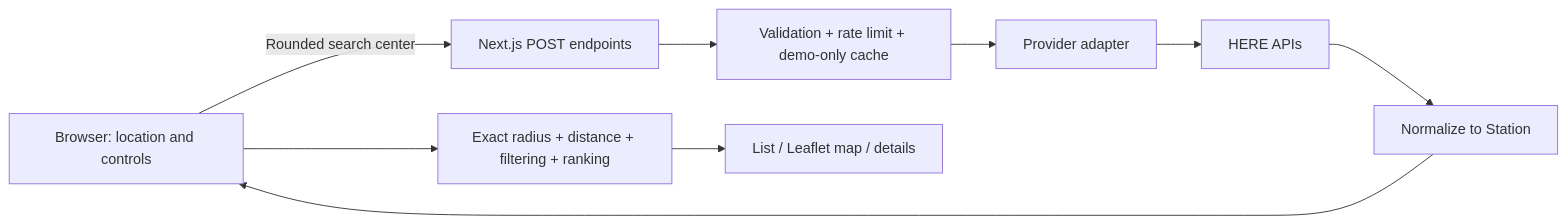
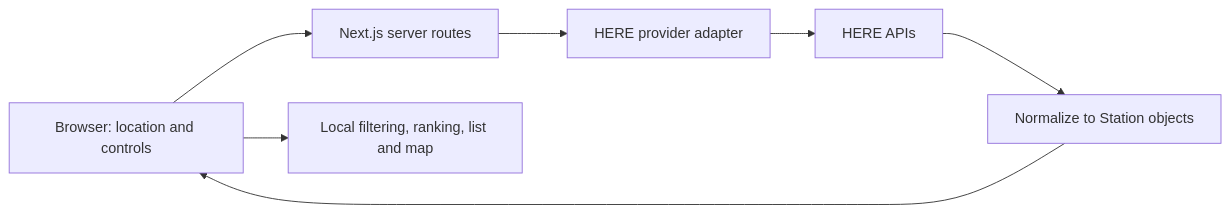
Before and after one commit to navehronen/pricepump: the diagram in README.md, drawn with Mermaid. The commit also changed other lines of this file and 5 other files, not shown here.

````diff
--- a/README.md
+++ b/README.md
@@ -124,11 +44,9 @@
 ```mermaid
 flowchart LR
-    Browser[Browser: location and controls] -->|Rounded search center| API[Next.js POST endpoints]
-    API --> Guards[Validation + rate limit + demo-only cache]
-    Guards --> Adapter[Provider adapter]
-    Adapter --> HERE[HERE APIs]
-    HERE --> Normalize[Normalize to Station]
-    Normalize --> Browser
-    Browser --> Local[Exact radius + distance + filtering + ranking]
-    Local --> Views[List / Leaflet map / details]
+    UI[Browser: location and controls] --> API[Next.js server routes]
+    API --> Provider[HERE provider adapter]
+    Provider --> HERE[HERE APIs]
+    HERE --> Normalize[Normalize to Station objects]
+    Normalize --> UI
+    UI --> Views[Local filtering, ranking, list and map]
 ```
````
